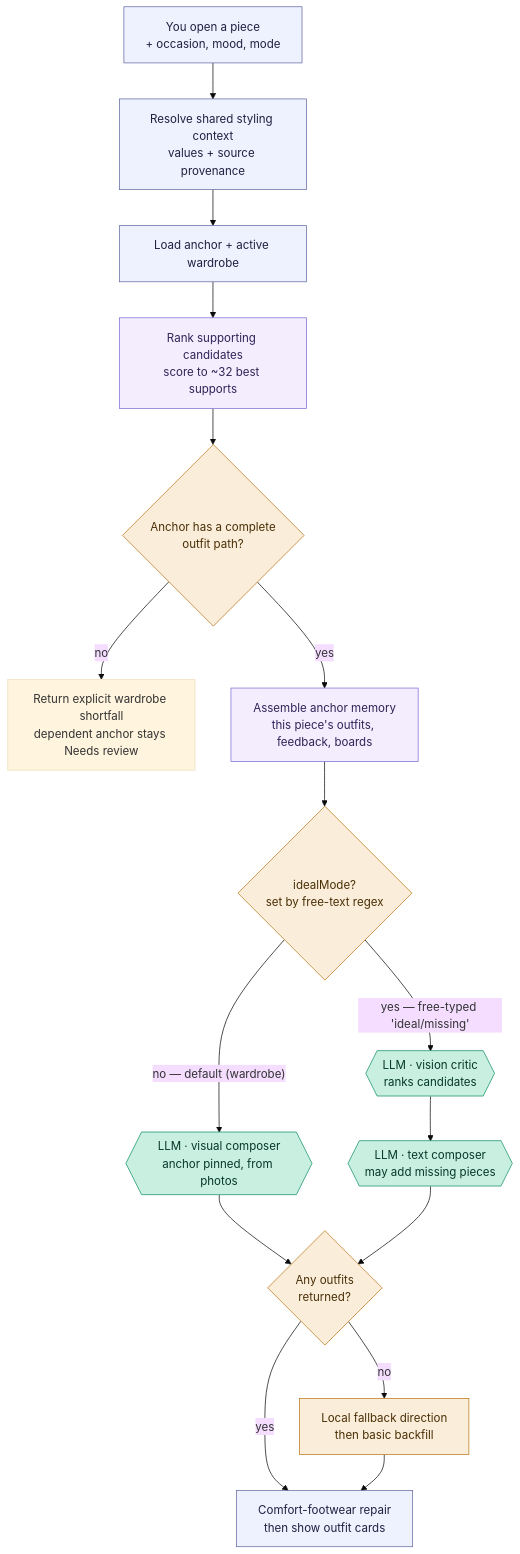
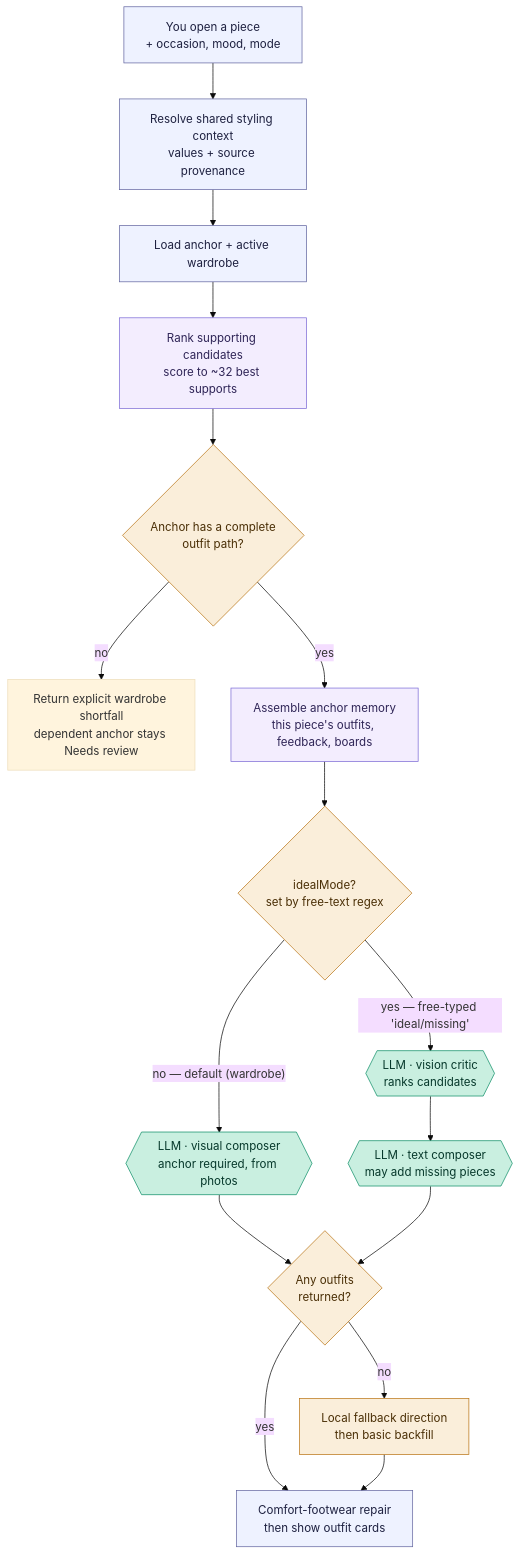
One commit to yunap/closet changed the diagram in docs/flows/selected-piece-composer.md. Above: the diagram before and after it, drawn with Mermaid (base theme). The commit also changed other lines of this file and 129 other files, not shown here.

````diff
--- a/docs/flows/selected-piece-composer.md
+++ b/docs/flows/selected-piece-composer.md
@@ -31,25 +31,25 @@
 ```mermaid
 flowchart TD
     A["You open a piece<br/>+ occasion, mood, mode"] --> X["Resolve shared styling context<br/>values + source provenance"]
     X --> B["Load anchor + active wardrobe"]
     B --> C["Rank supporting candidates<br/>score to ~32 best supports"]
     C --> Q{"Anchor has a complete<br/>outfit path?"}
     Q -->|no| S["Return explicit wardrobe shortfall<br/>dependent anchor stays Needs review"]
     Q -->|yes| D["Assemble anchor memory<br/>this piece's outfits, feedback, boards"]
     D --> M{"idealMode?<br/>set by free-text regex"}
-    M -->|"no — default (wardrobe)"| E{{"LLM · visual composer<br/>anchor pinned, from photos"}}
+    M -->|"no — default (wardrobe)"| E{{"LLM · visual composer<br/>anchor required, from photos"}}
     M -->|"yes — free-typed 'ideal/missing'"| V{{"LLM · vision critic<br/>ranks candidates"}} --> E2{{"LLM · text composer<br/>may add missing pieces"}}
     E --> F{"Any outfits<br/>returned?"}
     E2 --> F
     F -->|yes| R["Comfort-footwear repair<br/>then show outfit cards"]
     F -->|no| G["Local fallback direction<br/>then basic backfill"] --> R
 
     classDef app fill:#eef2ff,stroke:#6366a0,color:#1e2140;
     classDef rules fill:#f3edfe,stroke:#7c6bd6,color:#2f2557;
     classDef model fill:#c9efe0,stroke:#0f8f68,color:#06382b;
     classDef check fill:#faeeda,stroke:#ba7517,color:#4a2f06;
     class A,X,B,R app;
     class C,D rules;
     class E,V,E2 model;
     class Q,M,F,G check;
 ```
````
